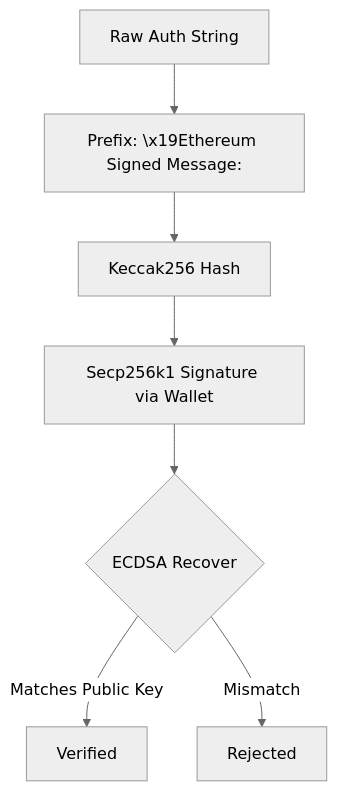
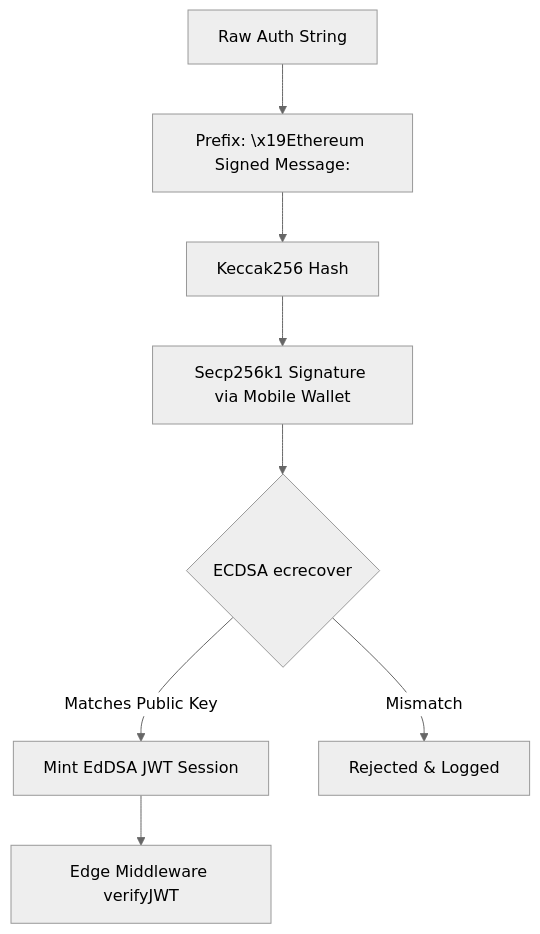
Before and after one commit to atfortyseven-creations/whalecosystem: the seventh of 30 diagrams in README.md, drawn with Mermaid (neutral theme). The commit also changed other lines of this file and 1 other file, not shown here.

Commit message:
feat: add developers documentation page with detailed infrastructure and security architecture specifications

````diff
--- a/README.md
+++ b/README.md
@@ -172,9 +174,10 @@
 ```mermaid
 graph TD
     A[Raw Auth String] --> B[Prefix: \x19Ethereum Signed Message:\n]
     B --> C[Keccak256 Hash]
-    C --> D[Secp256k1 Signature via Wallet]
-    D --> E{ECDSA Recover}
-    E -->|Matches Public Key| F[Verified]
-    E -->|Mismatch| G[Rejected]
+    C --> D[Secp256k1 Signature via Mobile Wallet]
+    D --> E{ECDSA ecrecover}
+    E -->|Matches Public Key| F[Mint EdDSA JWT Session]
+    E -->|Mismatch| G[Rejected & Logged]
+    F --> H[Edge Middleware verifyJWT]
 ```
````
